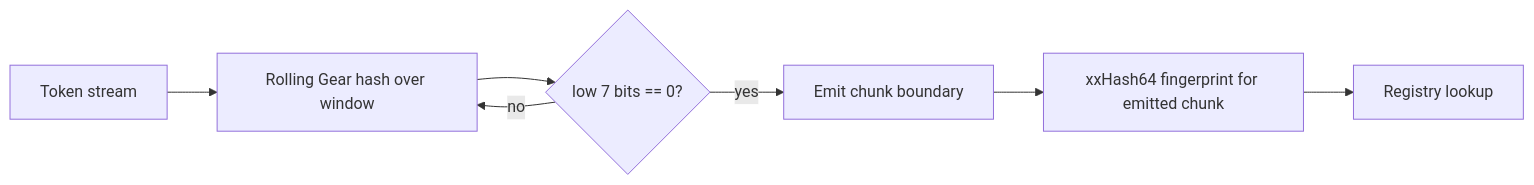
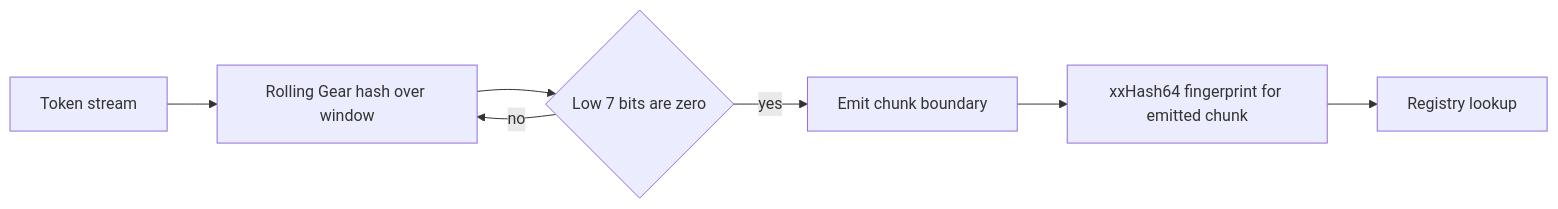
Before and after one commit to GentleCold/GentleCold.github.io: the third of 3 diagrams in source/_posts/irminsul-mla-native-pic.md, drawn with Mermaid. The commit also changed other lines of this file, not shown here.

Commit message:
fix irminsul mermaid diagrams

````diff
--- a/source/_posts/irminsul-mla-native-pic.md
+++ b/source/_posts/irminsul-mla-native-pic.md
@@ -241,9 +241,9 @@
 ```mermaid
 flowchart LR
-    A[Token stream] --> B[Rolling Gear hash over window]
-    B --> C{low 7 bits == 0?}
+    A["Token stream"] --> B["Rolling Gear hash over window"]
+    B --> C{"Low 7 bits are zero"}
     C -->|no| B
-    C -->|yes| D[Emit chunk boundary]
-    D --> E[xxHash64 fingerprint for emitted chunk]
-    E --> F[Registry lookup]
+    C -->|yes| D["Emit chunk boundary"]
+    D --> E["xxHash64 fingerprint for emitted chunk"]
+    E --> F["Registry lookup"]
 ```
````
